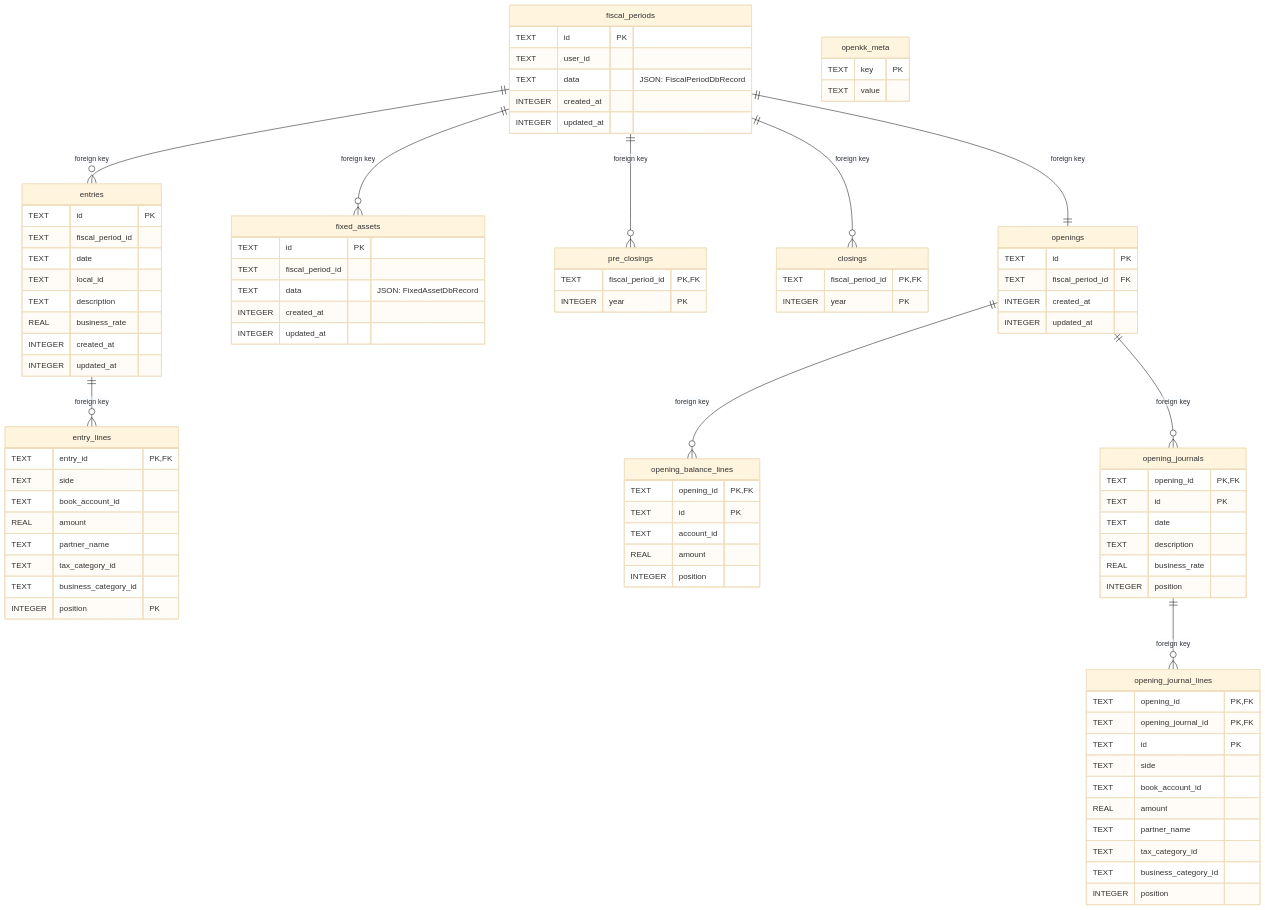
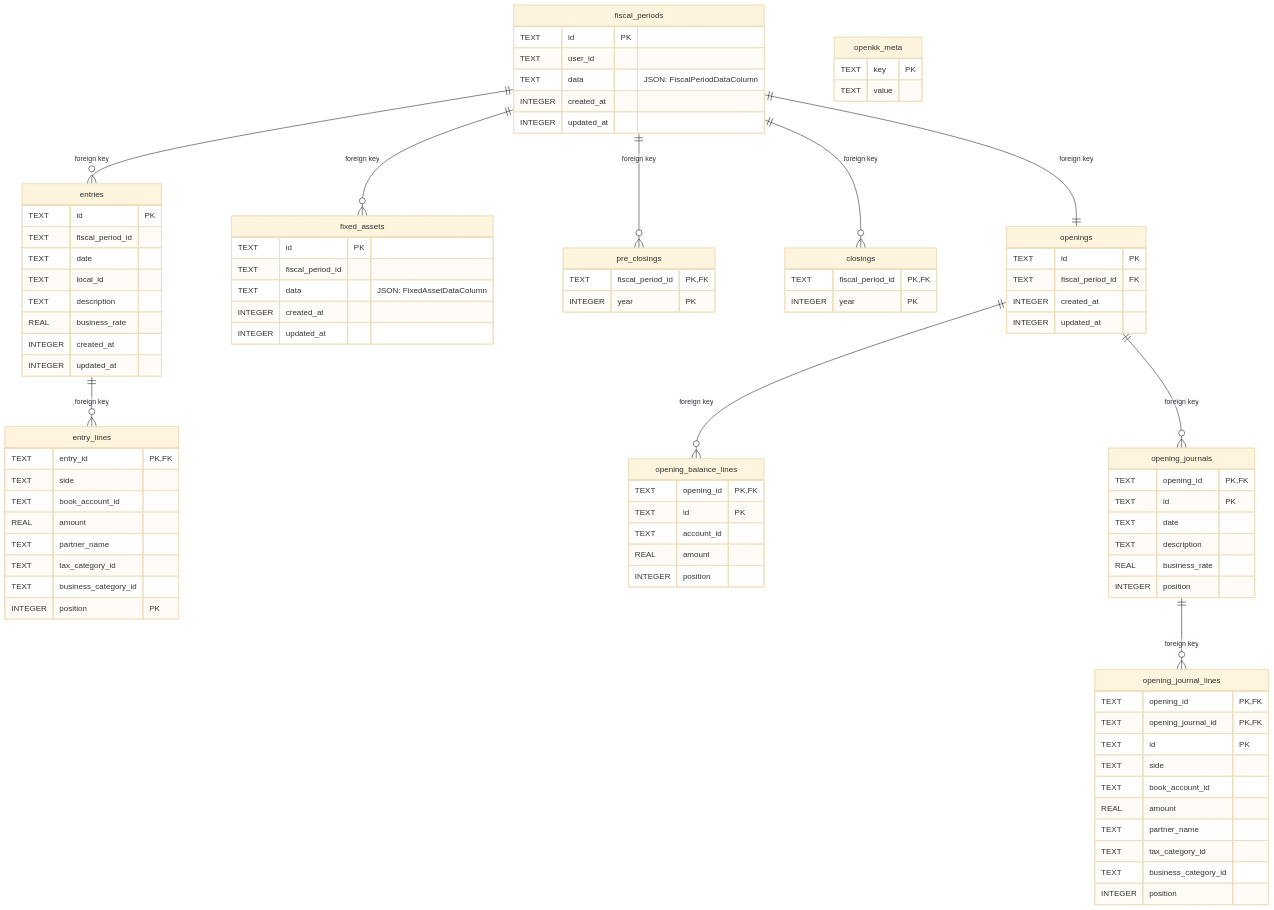
Before and after one commit to rubydogjp/openkk: the diagram in docs/database-schema.md, drawn with Mermaid (base theme). The commit also changed other lines of this file and 226 other files, not shown here.

```diff
--- a/docs/database-schema.md
+++ b/docs/database-schema.md
@@ -21,7 +21,7 @@
   fiscal_periods {
     TEXT id PK
     TEXT user_id
-    TEXT data "JSON: FiscalPeriodDbRecord"
+    TEXT data "JSON: FiscalPeriodDataColumn"
     INTEGER created_at
     INTEGER updated_at
   }
@@ -81,7 +81,7 @@
   fixed_assets {
     TEXT id PK
     TEXT fiscal_period_id
-    TEXT data "JSON: FixedAssetDbRecord"
+    TEXT data "JSON: FixedAssetDataColumn"
     INTEGER created_at
     INTEGER updated_at
   }
```
